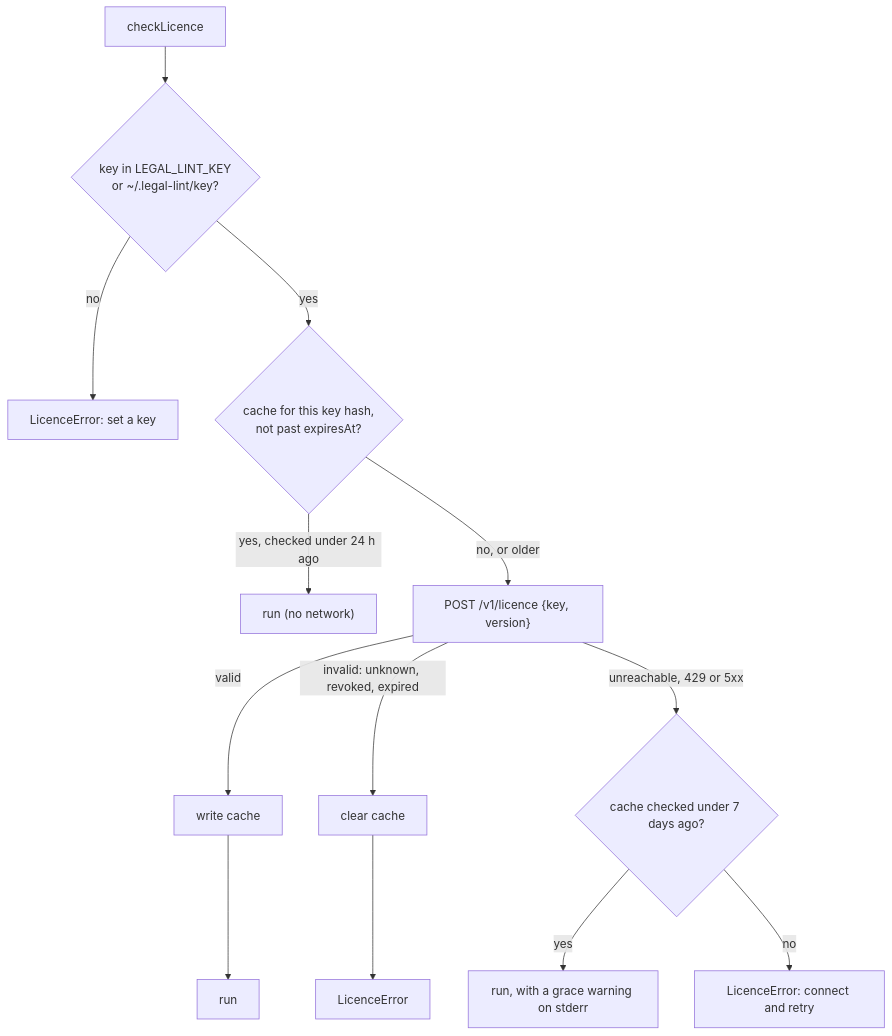
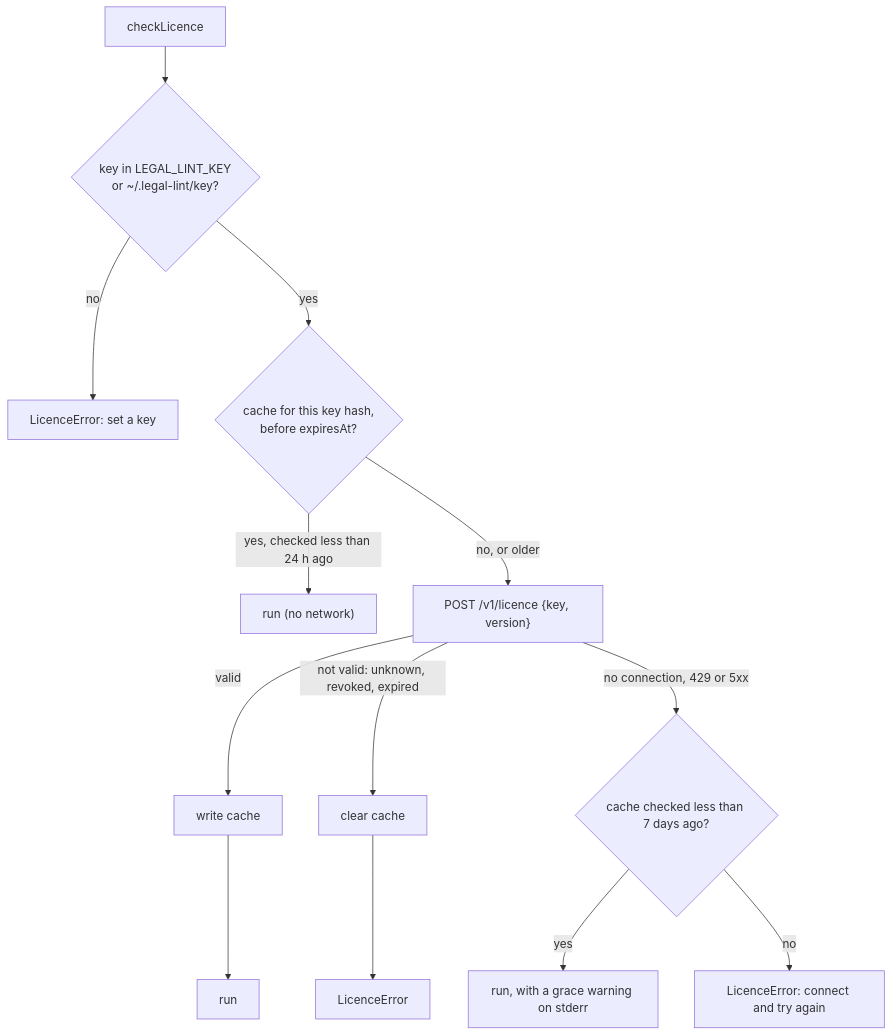
The eighth of 13 diagrams in docs/architecture.md (raghavg27/legal-linter), drawn with Mermaid before and after one commit. The commit also changed other lines of this file and 7 other files, not shown here.

Commit message:
docs: rewrite README, CLAUDE.md, contributor docs and architecture diagrams in ASD-STE100 style

````diff
--- a/docs/architecture.md
+++ b/docs/architecture.md
@@ -199,13 +199,13 @@
 ```mermaid
 flowchart TD
   s["checkLicence"] --> find{"key in LEGAL_LINT_KEY<br/>or ~/.legal-lint/key?"}
   find -->|no| nokey["LicenceError: set a key"]
-  find -->|yes| cache{"cache for this key hash,<br/>not past expiresAt?"}
-  cache -->|"yes, checked under 24 h ago"| okc["run (no network)"]
+  find -->|yes| cache{"cache for this key hash,<br/>before expiresAt?"}
+  cache -->|"yes, checked less than 24 h ago"| okc["run (no network)"]
   cache -->|"no, or older"| ask["POST /v1/licence {key, version}"]
   ask -->|valid| write["write cache"] --> ok["run"]
-  ask -->|"invalid: unknown, revoked, expired"| clear["clear cache"] --> bad["LicenceError"]
-  ask -->|"unreachable, 429 or 5xx"| grace{"cache checked under 7 days ago?"}
+  ask -->|"not valid: unknown, revoked, expired"| clear["clear cache"] --> bad["LicenceError"]
+  ask -->|"no connection, 429 or 5xx"| grace{"cache checked less than 7 days ago?"}
   grace -->|yes| warn["run, with a grace warning on stderr"]
-  grace -->|no| off["LicenceError: connect and retry"]
+  grace -->|no| off["LicenceError: connect and try again"]
 ```
````
